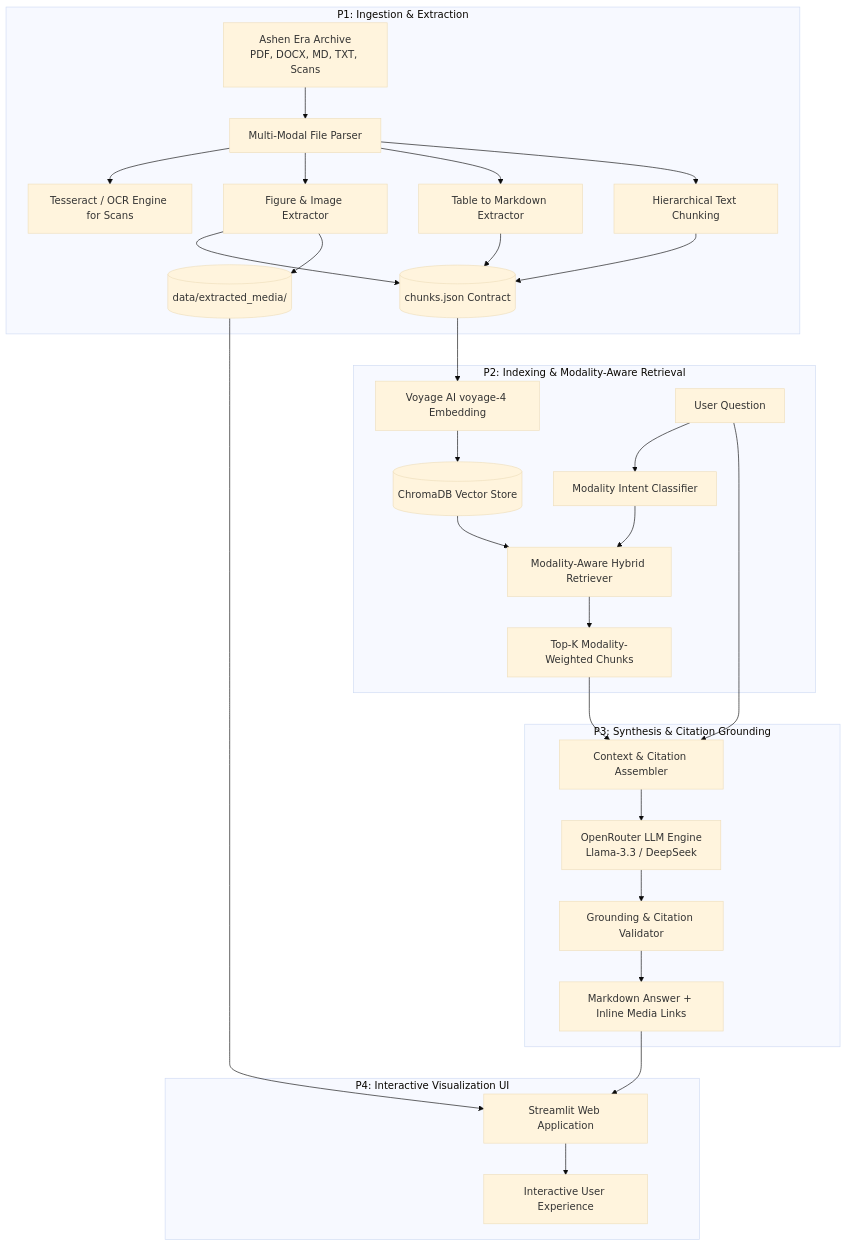
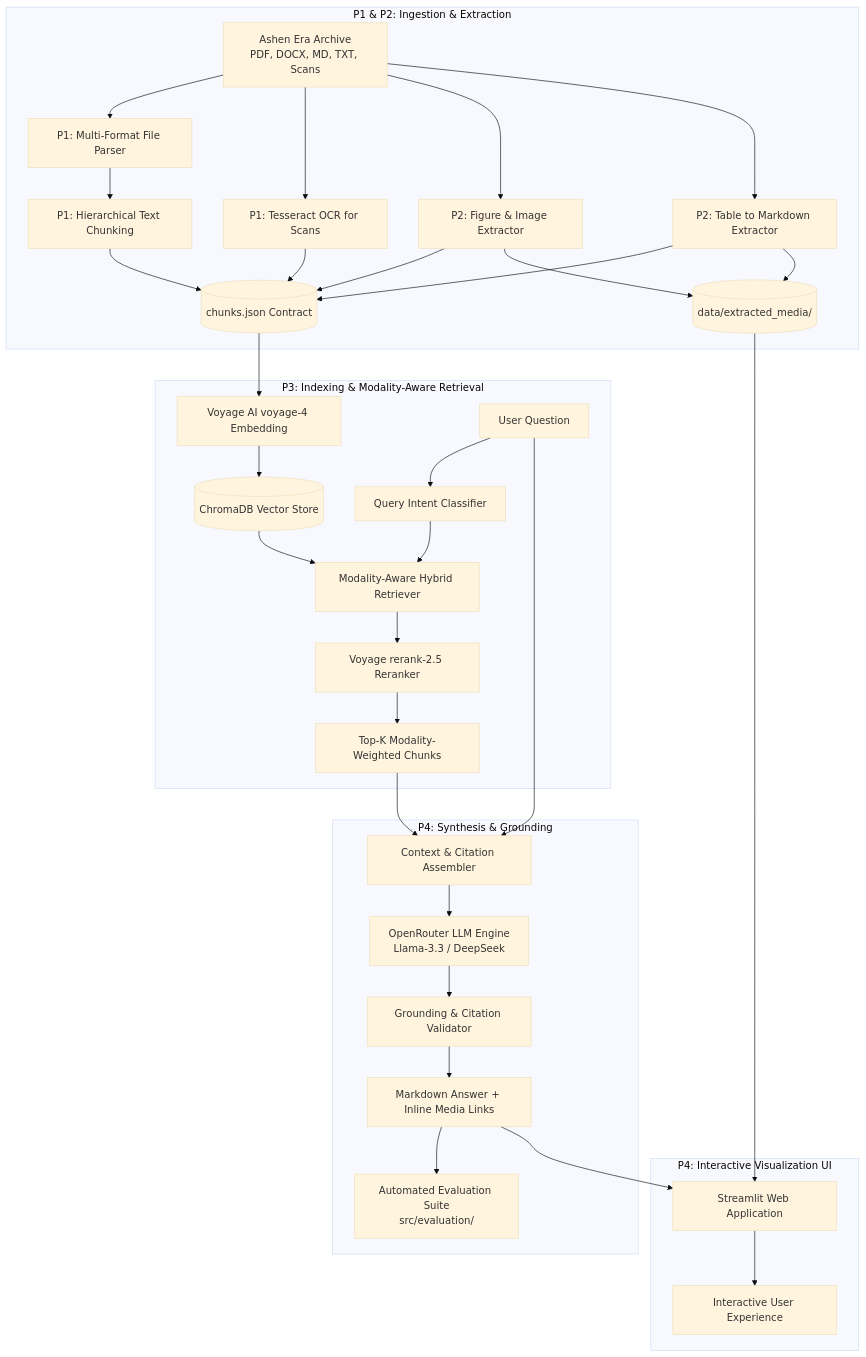
One commit to IT25101463/DeepThink changed the diagram in docs/architecture.md. Above: the diagram before and after it, drawn with Mermaid (base theme). The commit also changed other lines of this file and 30 other files, not shown here.

````diff
--- a/docs/architecture.md
+++ b/docs/architecture.md
@@ -13,37 +13,41 @@
 ```mermaid
 flowchart TD
-    subgraph Ingestion Layer [P1: Ingestion & Extraction]
-        Corpus[Ashen Era Archive<br/>PDF, DOCX, MD, TXT, Scans] --> Parser[Multi-Modal File Parser]
-        Parser --> OCR[Tesseract / OCR Engine for Scans]
-        Parser --> ExtImg[Figure & Image Extractor]
-        Parser --> ExtTab[Table to Markdown Extractor]
-        Parser --> TextChunk[Hierarchical Text Chunking]
+    subgraph Ingestion Layer [P1 & P2: Ingestion & Extraction]
+        Corpus[Ashen Era Archive<br/>PDF, DOCX, MD, TXT, Scans] --> Parser[P1: Multi-Format File Parser]
+        Corpus --> OCR[P1: Tesseract OCR for Scans]
+        Corpus --> ExtImg[P2: Figure & Image Extractor]
+        Corpus --> ExtTab[P2: Table to Markdown Extractor]
+        Parser --> TextChunk[P1: Hierarchical Text Chunking]
         ExtImg --> ChunksContract[(chunks.json Contract)]
         ExtTab --> ChunksContract
         TextChunk --> ChunksContract
+        OCR --> ChunksContract
         ExtImg --> MediaStore[(data/extracted_media/)]
+        ExtTab --> MediaStore
     end
 
-    subgraph Retrieval Layer [P2: Indexing & Modality-Aware Retrieval]
+    subgraph Retrieval Layer [P3: Indexing & Modality-Aware Retrieval]
         ChunksContract --> VoyageEmbed[Voyage AI voyage-4 Embedding]
         VoyageEmbed --> ChromaIndex[(ChromaDB Vector Store)]
-        UserQuery[User Question] --> IntentClassifier[Modality Intent Classifier]
+        UserQuery[User Question] --> IntentClassifier[Query Intent Classifier]
         IntentClassifier --> HybridSearch[Modality-Aware Hybrid Retriever]
         ChromaIndex --> HybridSearch
-        HybridSearch --> RankedChunks[Top-K Modality-Weighted Chunks]
+        HybridSearch --> VoyageReranker[Voyage rerank-2.5 Reranker]
+        VoyageReranker --> RankedChunks[Top-K Modality-Weighted Chunks]
     end
 
-    subgraph Generation Layer [P3: Synthesis & Citation Grounding]
+    subgraph Generation & Evaluation Layer [P4: Synthesis & Grounding]
         RankedChunks --> PromptBuilder[Context & Citation Assembler]
         UserQuery --> PromptBuilder
         PromptBuilder --> OpenRouterLLM[OpenRouter LLM Engine<br/>Llama-3.3 / DeepSeek]
         OpenRouterLLM --> HallucinationGuard[Grounding & Citation Validator]
         HallucinationGuard --> FormattedOutput[Markdown Answer + Inline Media Links]
+        FormattedOutput --> Evaluator[Automated Evaluation Suite<br/>src/evaluation/]
     end
 
     subgraph Interface Layer [P4: Interactive Visualization UI]
         FormattedOutput --> StreamlitApp[Streamlit Web Application]
         MediaStore --> StreamlitApp
         StreamlitApp --> EndUser[Interactive User Experience]
     end
 ```
````
